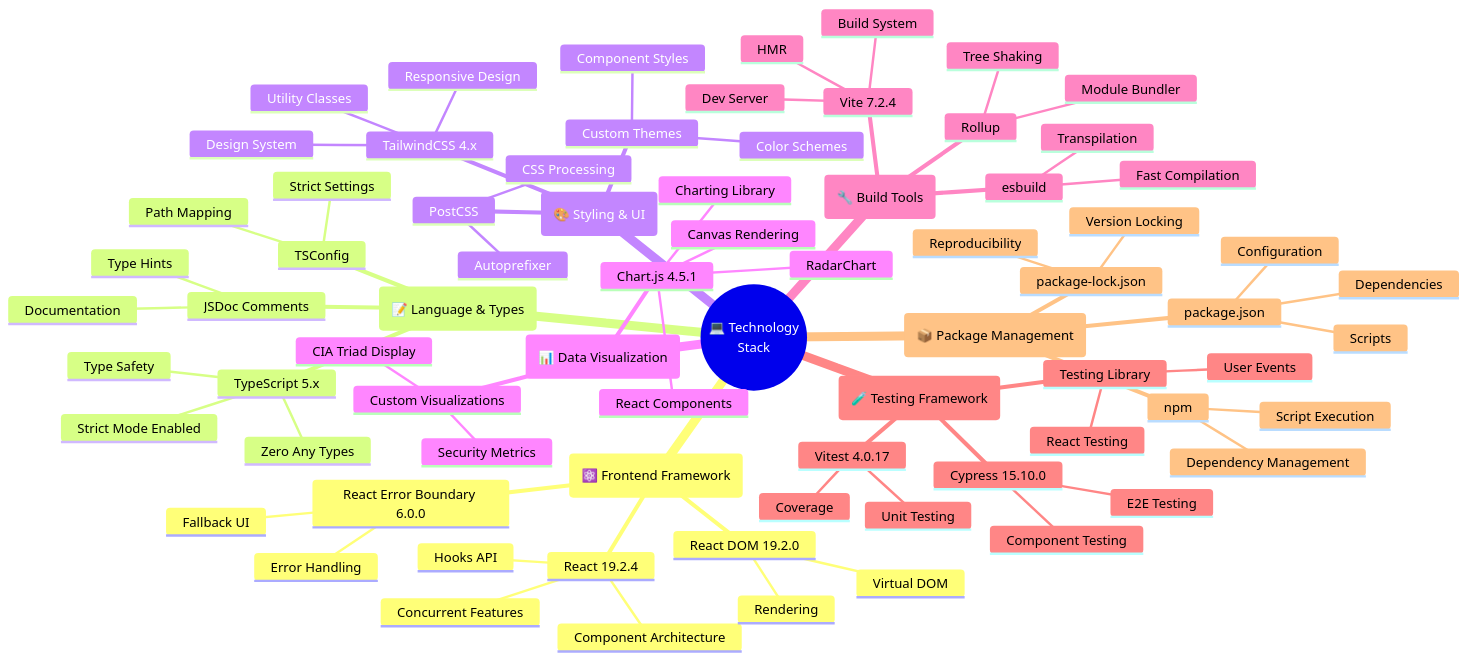
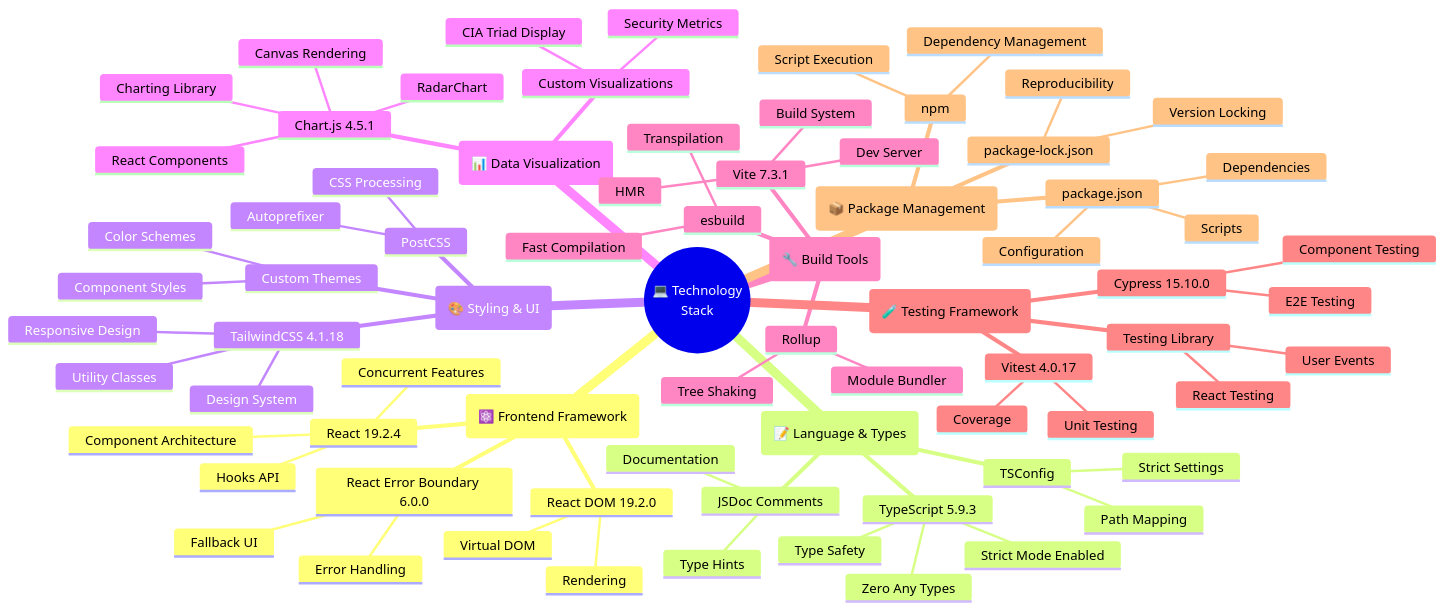
Before and after one commit to Hack23/cia-compliance-manager: the eighth of 13 diagrams in docs/architecture/MINDMAP.md, drawn with Mermaid. The commit also changed other lines of this file and 4 other files, not shown here.

Commit message:
Update DATA_MODEL.md with service interfaces, update remaining version refs (Vite 7.3.1, TypeScript 5.9.3, TailwindCSS 4.1.18)

````diff
--- a/docs/architecture/MINDMAP.md
+++ b/docs/architecture/MINDMAP.md
@@ -697,78 +697,78 @@
 ```mermaid
 mindmap
   root((💻 Technology<br/>Stack))
     (⚛️ Frontend Framework)
       React 19.2.4
         Component Architecture
         Hooks API
         Concurrent Features
       React DOM 19.2.0
         Virtual DOM
         Rendering
       React Error Boundary 6.0.0
         Error Handling
         Fallback UI
     (📝 Language & Types)
-      TypeScript 5.x
+      TypeScript 5.9.3
         Strict Mode Enabled
         Zero Any Types
         Type Safety
       JSDoc Comments
         Documentation
         Type Hints
       TSConfig
         Strict Settings
         Path Mapping
     (🎨 Styling & UI)
-      TailwindCSS 4.x
+      TailwindCSS 4.1.18
         Utility Classes
         Design System
         Responsive Design
       PostCSS
         CSS Processing
         Autoprefixer
       Custom Themes
         Color Schemes
         Component Styles
     (📊 Data Visualization)
       Chart.js 4.5.1
         Charting Library
         Canvas Rendering
         React Components
         RadarChart
       Custom Visualizations
         CIA Triad Display
         Security Metrics
     (🔧 Build Tools)
-      Vite 7.2.4
+      Vite 7.3.1
         Dev Server
         Build System
         HMR
       Rollup
         Module Bundler
         Tree Shaking
       esbuild
         Fast Compilation
         Transpilation
     (🧪 Testing Framework)
       Vitest 4.0.17
         Unit Testing
         Coverage
       Cypress 15.10.0
         E2E Testing
         Component Testing
       Testing Library
         React Testing
         User Events
     (📦 Package Management)
       npm
         Dependency Management
         Script Execution
       package.json
         Dependencies
         Scripts
         Configuration
       package-lock.json
         Version Locking
         Reproducibility
 ```
````
